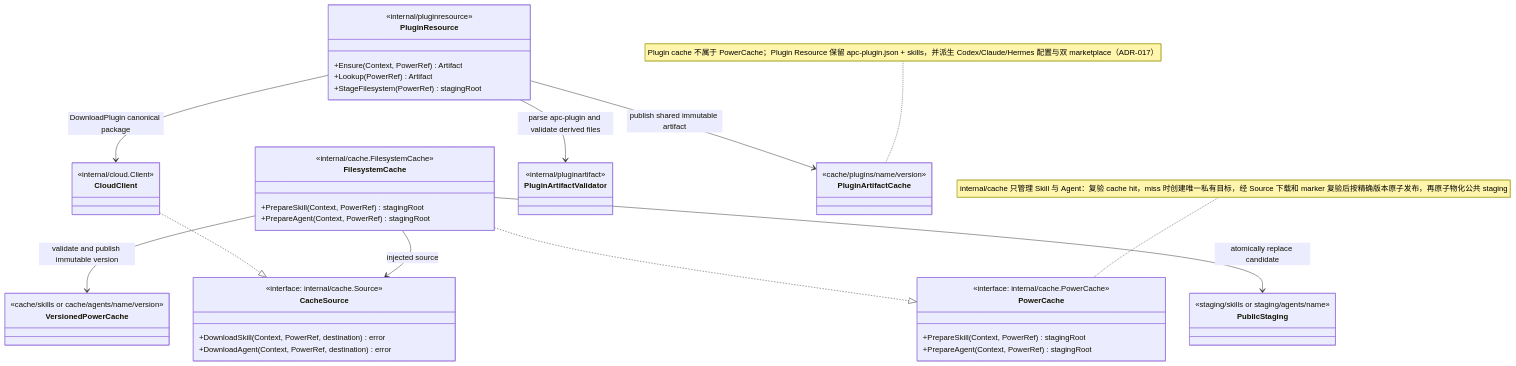
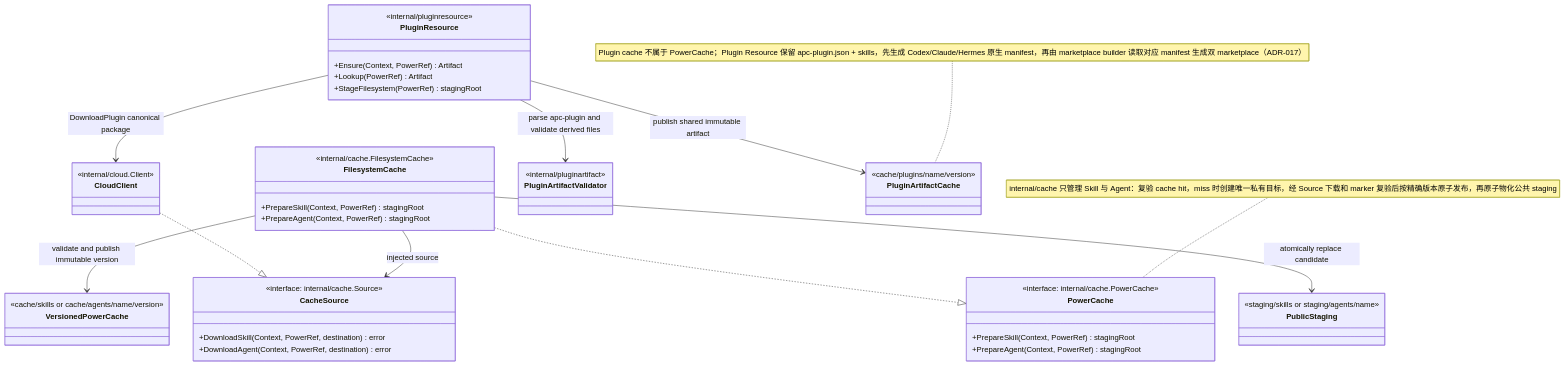
The diagram in ivory-tower/c4/components/apm-cli-diagrams/cache-manager.mmd (spacemit-com/agent-power-manager), drawn with Mermaid before and after one commit. The commit also changed 10 other files, not shown here.

Commit message:
docs(cloud): correct provider architecture details

```diff
--- a/ivory-tower/c4/components/apm-cli-diagrams/cache-manager.mmd
+++ b/ivory-tower/c4/components/apm-cli-diagrams/cache-manager.mmd
@@ -1,50 +1,50 @@
 classDiagram
     note for PowerCache "internal/cache 只管理 Skill 与 Agent：复验 cache hit，miss 时创建唯一私有目标，经 Source 下载和 marker 复验后按精确版本原子发布，再原子物化公共 staging"
     class CacheSource {
         <<interface: internal/cache.Source>>
         +DownloadSkill(Context, PowerRef, destination) error
         +DownloadAgent(Context, PowerRef, destination) error
     }
     class PowerCache {
         <<interface: internal/cache.PowerCache>>
         +PrepareSkill(Context, PowerRef) stagingRoot
         +PrepareAgent(Context, PowerRef) stagingRoot
     }
     class FilesystemCache {
         <<internal/cache.FilesystemCache>>
         +PrepareSkill(Context, PowerRef) stagingRoot
         +PrepareAgent(Context, PowerRef) stagingRoot
     }
     class CloudClient {
         <<internal/cloud.Client>>
     }
     class VersionedPowerCache {
         <<cache/skills or cache/agents/name/version>>
     }
     class PublicStaging {
         <<staging/skills or staging/agents/name>>
     }
 
     FilesystemCache ..|> PowerCache
     FilesystemCache --> CacheSource : injected source
     CloudClient ..|> CacheSource
     FilesystemCache --> VersionedPowerCache : validate and publish immutable version
     FilesystemCache --> PublicStaging : atomically replace candidate
 
     class PluginResource {
         <<internal/pluginresource>>
         +Ensure(Context, PowerRef) Artifact
         +Lookup(PowerRef) Artifact
         +StageFilesystem(PowerRef) stagingRoot
     }
     class PluginArtifactValidator {
         <<internal/pluginartifact>>
     }
     class PluginArtifactCache {
         <<cache/plugins/name/version>>
     }
 
     PluginResource --> CloudClient : DownloadPlugin canonical package
     PluginResource --> PluginArtifactValidator : parse apc-plugin and validate derived files
     PluginResource --> PluginArtifactCache : publish shared immutable artifact
-    note for PluginArtifactCache "Plugin cache 不属于 PowerCache；Plugin Resource 保留 apc-plugin.json + skills，并派生 Codex/Claude/Hermes 配置与双 marketplace（ADR-017）"
+    note for PluginArtifactCache "Plugin cache 不属于 PowerCache；Plugin Resource 保留 apc-plugin.json + skills，先生成 Codex/Claude/Hermes 原生 manifest，再由 marketplace builder 读取对应 manifest 生成双 marketplace（ADR-017）"
```
